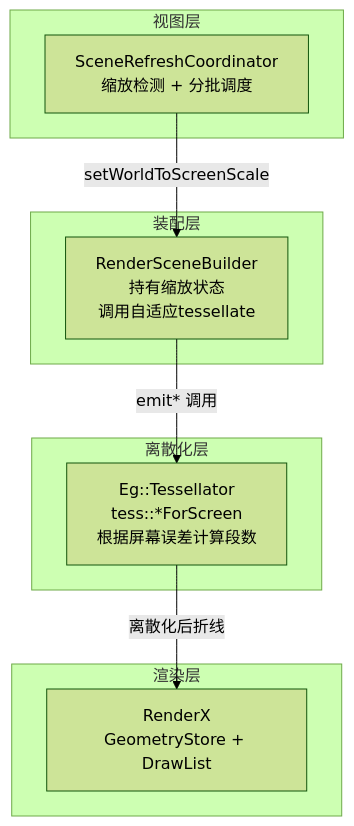
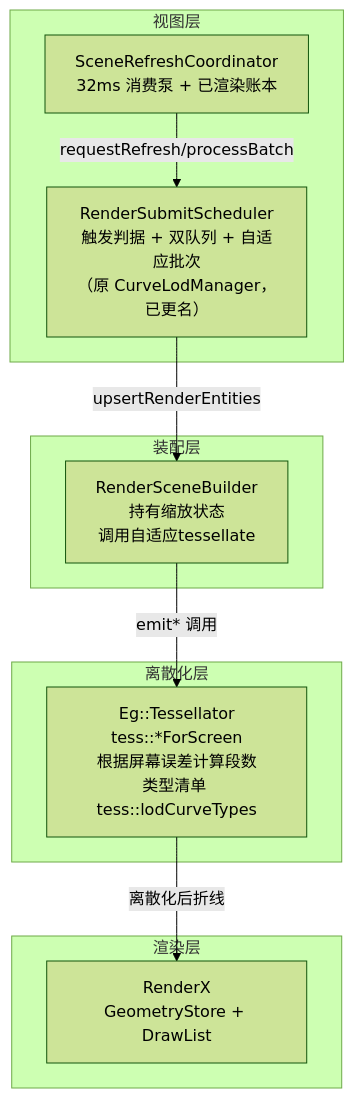
The third of 3 diagrams in Docs/03-渲染主链/LOD多级细节跨层设计.md (yulinxx/CAD), drawn with Mermaid (forest theme) before and after one commit. The commit also changed other lines of this file and 9 other files, not shown here.

First line of the commit message:
refactor(render): CurveLodManager 更名 RenderSubmitScheduler，LOD 防漂移整修

````diff
--- a/Docs/03-渲染主链/LOD多级细节跨层设计.md
+++ b/Docs/03-渲染主链/LOD多级细节跨层设计.md
@@ -100,22 +115,24 @@
 ```mermaid
 flowchart TB
     subgraph 视图层
-        A[SceneRefreshCoordinator<br/>缩放检测 + 分批调度]
+        A[SceneRefreshCoordinator<br/>32ms 消费泵 + 已渲染账本]
+        S[RenderSubmitScheduler<br/>触发判据 + 双队列 + 自适应批次<br/>（原 CurveLodManager，已更名）]
     end
 
     subgraph 装配层
         B[RenderSceneBuilder<br/>持有缩放状态<br/>调用自适应tessellate]
     end
 
     subgraph 离散化层
-        C[Eg::Tessellator<br/>tess::*ForScreen<br/>根据屏幕误差计算段数]
+        C[Eg::Tessellator<br/>tess::*ForScreen<br/>根据屏幕误差计算段数<br/>类型清单 tess::lodCurveTypes]
     end
 
     subgraph 渲染层
         D[RenderX<br/>GeometryStore + DrawList]
     end
 
-    A -->|setWorldToScreenScale| B
+    A -->|requestRefresh/processBatch| S
+    S -->|upsertRenderEntities| B
     B -->|emit* 调用| C
     C -->|离散化后折线| D
 ```
````
